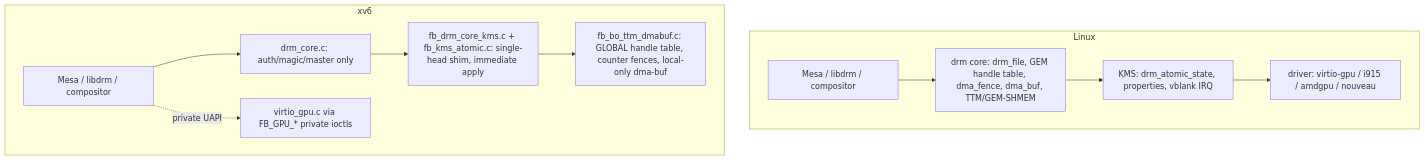
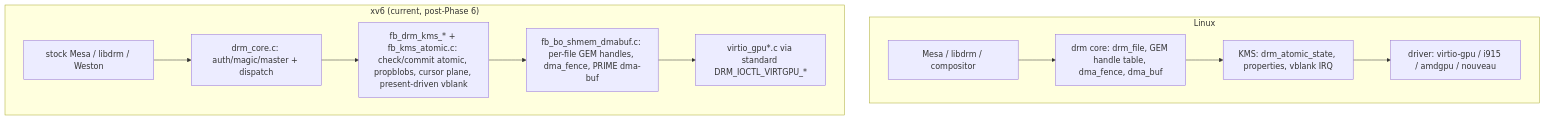
Before and after one commit to ElectronSpark/v6-vibe-set: the diagram in docs/linux-drm-abi-compat-plan.md, drawn with Mermaid. The commit also changed other lines of this file, not shown here.

Commit message:
docs: close local titlebar matrix

````diff
--- a/docs/linux-drm-abi-compat-plan.md
+++ b/docs/linux-drm-abi-compat-plan.md
@@ -175,20 +163,18 @@
 ```mermaid
 flowchart TB
   subgraph Linux
     L_app[Mesa / libdrm / compositor]
-    L_drm[drm core: drm_file, GEM handle table, dma_fence, dma_buf, TTM/GEM-SHMEM]
+    L_drm[drm core: drm_file, GEM handle table, dma_fence, dma_buf]
     L_kms[KMS: drm_atomic_state, properties, vblank IRQ]
     L_drv[driver: virtio-gpu / i915 / amdgpu / nouveau]
     L_app --> L_drm --> L_kms --> L_drv
   end
-  subgraph xv6
-    X_app[Mesa / libdrm / compositor]
-    X_core[drm_core.c: auth/magic/master only]
-    X_kms[fb_drm_core_kms.c + fb_kms_atomic.c: single-head shim, immediate apply]
-    X_bo[fb_bo_ttm_dmabuf.c: GLOBAL handle table, counter fences, local-only dma-buf]
-    X_drv[virtio_gpu.c via FB_GPU_* private ioctls]
-    X_app --> X_core --> X_kms
-    X_app -. private UAPI .-> X_drv
-    X_kms --> X_bo
+  subgraph xv6_now["xv6 (current, post-Phase 6)"]
+    X_app[stock Mesa / libdrm / Weston]
+    X_core[drm_core.c: auth/magic/master + dispatch]
+    X_kms[fb_drm_kms_* + fb_kms_atomic.c: check/commit atomic, propblobs, cursor plane, present-driven vblank]
+    X_bo[fb_bo_shmem_dmabuf.c: per-file GEM handles, dma_fence, PRIME dma-buf]
+    X_drv[virtio_gpu*.c via standard DRM_IOCTL_VIRTGPU_*]
+    X_app --> X_core --> X_kms --> X_bo --> X_drv
   end
 ```
````
